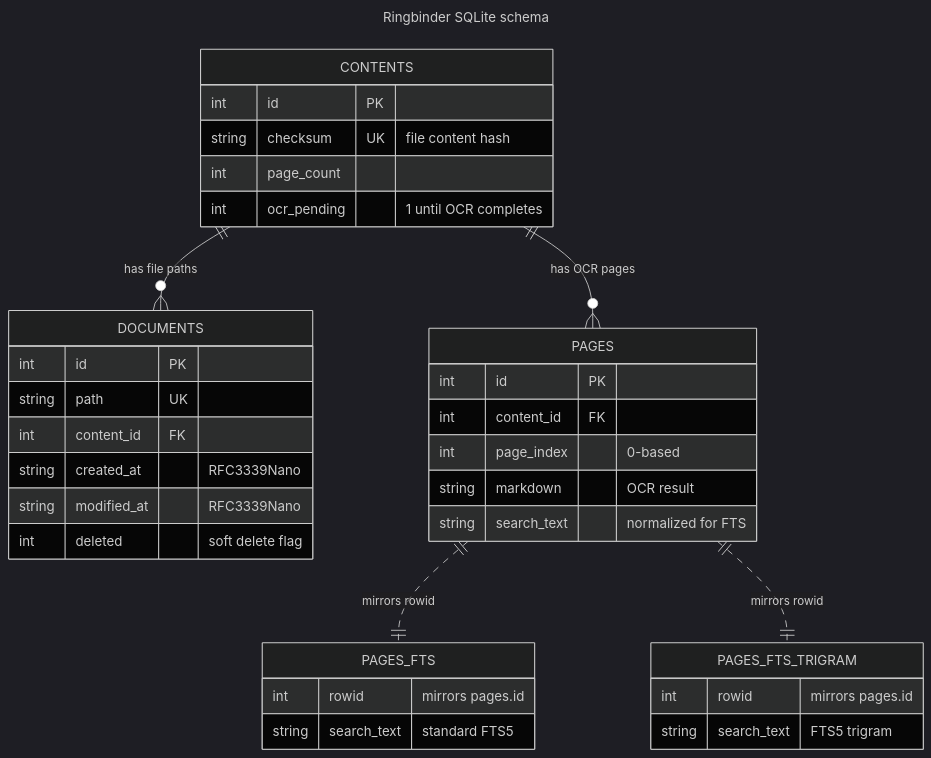
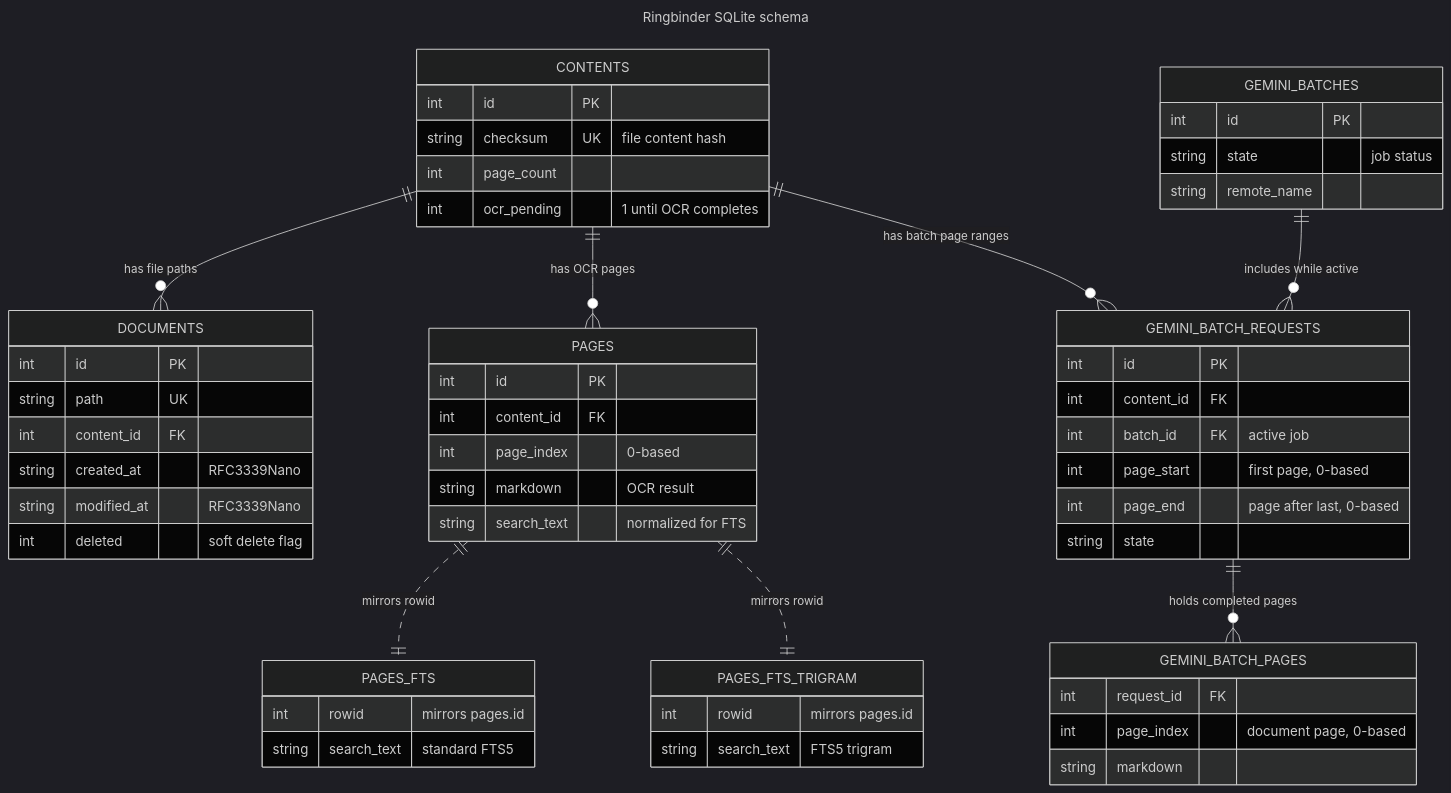
The diagram in README.md (maxim/ringbinder), drawn with Mermaid (dark theme) before and after one commit. The commit also changed other lines of this file and 34 other files, not shown here.

First line of the commit message:
Add resilient Gemini batch OCR

````diff
--- a/README.md
+++ b/README.md
@@ -93,44 +94,68 @@
 ```mermaid
 ---
 title: Ringbinder SQLite schema
 ---
 erDiagram
     CONTENTS ||--o{ DOCUMENTS : "has file paths"
     CONTENTS ||--o{ PAGES : "has OCR pages"
+    CONTENTS ||--o{ GEMINI_BATCH_REQUESTS : "has batch page ranges"
+    GEMINI_BATCHES ||--o{ GEMINI_BATCH_REQUESTS : "includes while active"
+    GEMINI_BATCH_REQUESTS ||--o{ GEMINI_BATCH_PAGES : "holds completed pages"
     PAGES ||..|| PAGES_FTS : "mirrors rowid"
     PAGES ||..|| PAGES_FTS_TRIGRAM : "mirrors rowid"
 
     CONTENTS {
         int id PK
         string checksum UK "file content hash"
         int page_count
         int ocr_pending "1 until OCR completes"
     }
 
     DOCUMENTS {
         int id PK
         string path UK
         int content_id FK
         string created_at "RFC3339Nano"
         string modified_at "RFC3339Nano"
         int deleted "soft delete flag"
     }
 
     PAGES {
         int id PK
         int content_id FK
         int page_index "0-based"
         string markdown "OCR result"
         string search_text "normalized for FTS"
     }
 
     PAGES_FTS {
         int rowid "mirrors pages.id"
         string search_text "standard FTS5"
     }
 
     PAGES_FTS_TRIGRAM {
         int rowid "mirrors pages.id"
         string search_text "FTS5 trigram"
     }
+
+    GEMINI_BATCHES {
+        int id PK
+        string state "job status"
+        string remote_name
+    }
+
+    GEMINI_BATCH_REQUESTS {
+        int id PK
+        int content_id FK
+        int batch_id FK "active job"
+        int page_start "first page, 0-based"
+        int page_end "page after last, 0-based"
+        string state
+    }
+
+    GEMINI_BATCH_PAGES {
+        int request_id FK
+        int page_index "document page, 0-based"
+        string markdown
+    }
 ```
````
